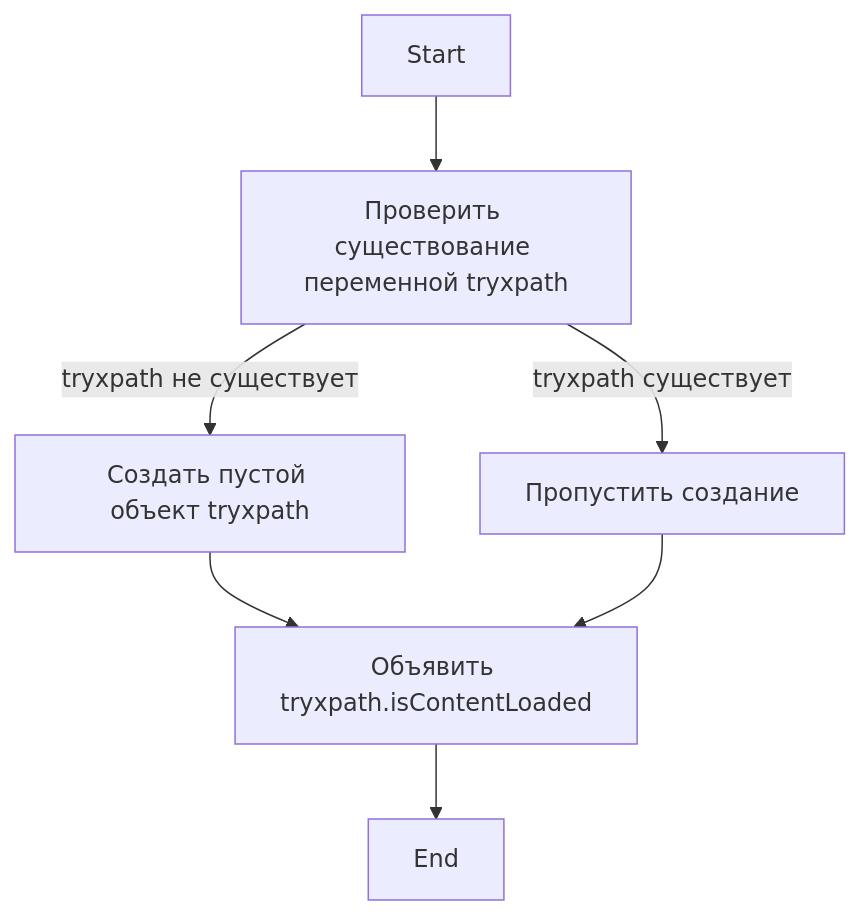
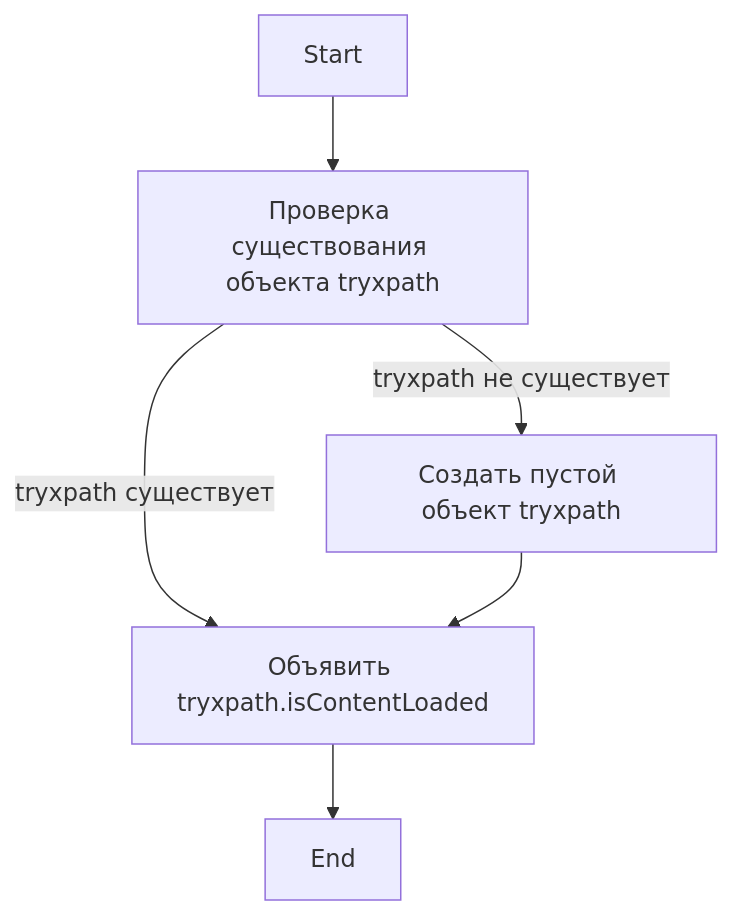
Before and after one commit to hypo69/hypo: the diagram in docs/gemini/ru/explainer/src/webdriver/firefox/extentions/try_path_1.3.5/scripts/try_xpath_check_frame.js.md, drawn with Mermaid. The commit also changed other lines of this file and 1300 other files, not shown here.

````diff
--- a/docs/gemini/ru/explainer/src/webdriver/firefox/extentions/try_path_1.3.5/scripts/try_xpath_check_frame.js.md
+++ b/docs/gemini/ru/explainer/src/webdriver/firefox/extentions/try_path_1.3.5/scripts/try_xpath_check_frame.js.md
@@ -29,9 +25,8 @@
 ```mermaid
 flowchart TD
-    Start --> Check_tryxpath[Проверить существование переменной tryxpath]
-    Check_tryxpath -- tryxpath не существует --> Create_tryxpath[Создать пустой объект tryxpath]
-    Check_tryxpath -- tryxpath существует --> Skip_creation[Пропустить создание]
-    Create_tryxpath --> Declare_isContentLoaded[Объявить tryxpath.isContentLoaded]
-    Skip_creation --> Declare_isContentLoaded
-    Declare_isContentLoaded --> End
+    Start --> CheckTryxpath[Проверка существования объекта tryxpath]
+    CheckTryxpath -- tryxpath существует --> DeclareIsContentLoaded[Объявить tryxpath.isContentLoaded]
+    CheckTryxpath -- tryxpath не существует --> CreateTryxpath[Создать пустой объект tryxpath]
+    CreateTryxpath --> DeclareIsContentLoaded
+    DeclareIsContentLoaded --> End
 ```
````
